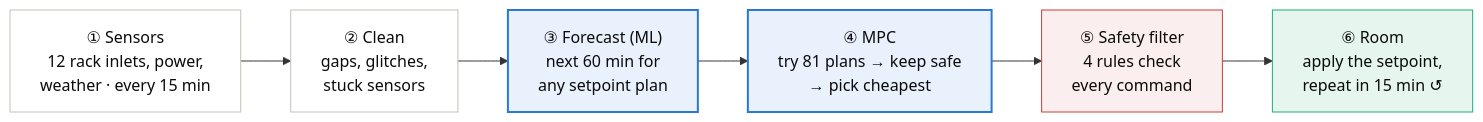
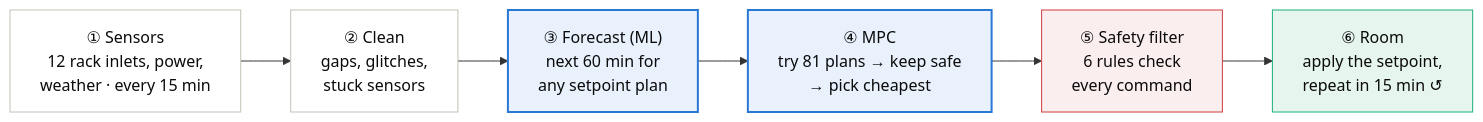
Before and after one commit to NuBFightForMyDream/2110582_AIApps_Project_PredictiveCoolingForDataCenter: the first of 10 diagrams in README.md, drawn with Mermaid. The commit also changed other lines of this file and 55 other files, not shown here.

````diff
--- a/README.md
+++ b/README.md
@@ -24,12 +106,12 @@
 ```mermaid
 flowchart LR
     S["① Sensors<br/>12 rack inlets, power,<br/>weather · every 15 min"]:::step --> CL["② Clean<br/>gaps, glitches,<br/>stuck sensors"]:::step
     CL --> F["③ Forecast (ML)<br/>next 60 min for<br/>any setpoint plan"]:::ai
     F --> M["④ MPC<br/>try 81 plans → keep safe<br/>→ pick cheapest"]:::ai
-    M --> SF["⑤ Safety filter<br/>4 rules check<br/>every command"]:::guard
+    M --> SF["⑤ Safety filter<br/>6 rules check<br/>every command"]:::guard
     SF --> P["⑥ Room<br/>apply the setpoint,<br/>repeat in 15 min ↺"]:::ok
     classDef step fill:#ffffff,stroke:#c3c2b7,color:#0b0b0b
     classDef ai fill:#e8f1fc,stroke:#2a78d6,color:#0b0b0b,stroke-width:2px
     classDef guard fill:#fbeeee,stroke:#d03b3b,color:#0b0b0b
     classDef ok fill:#e6f6ef,stroke:#1baf7a,color:#0b0b0b
 ```
````
